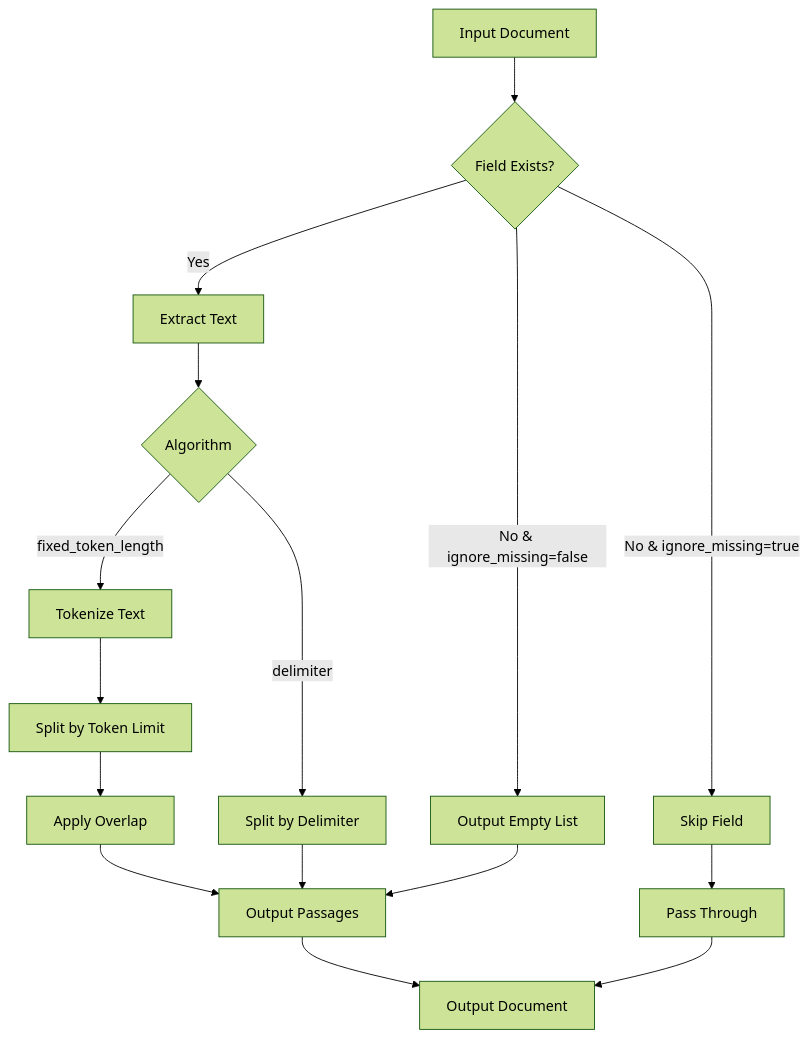
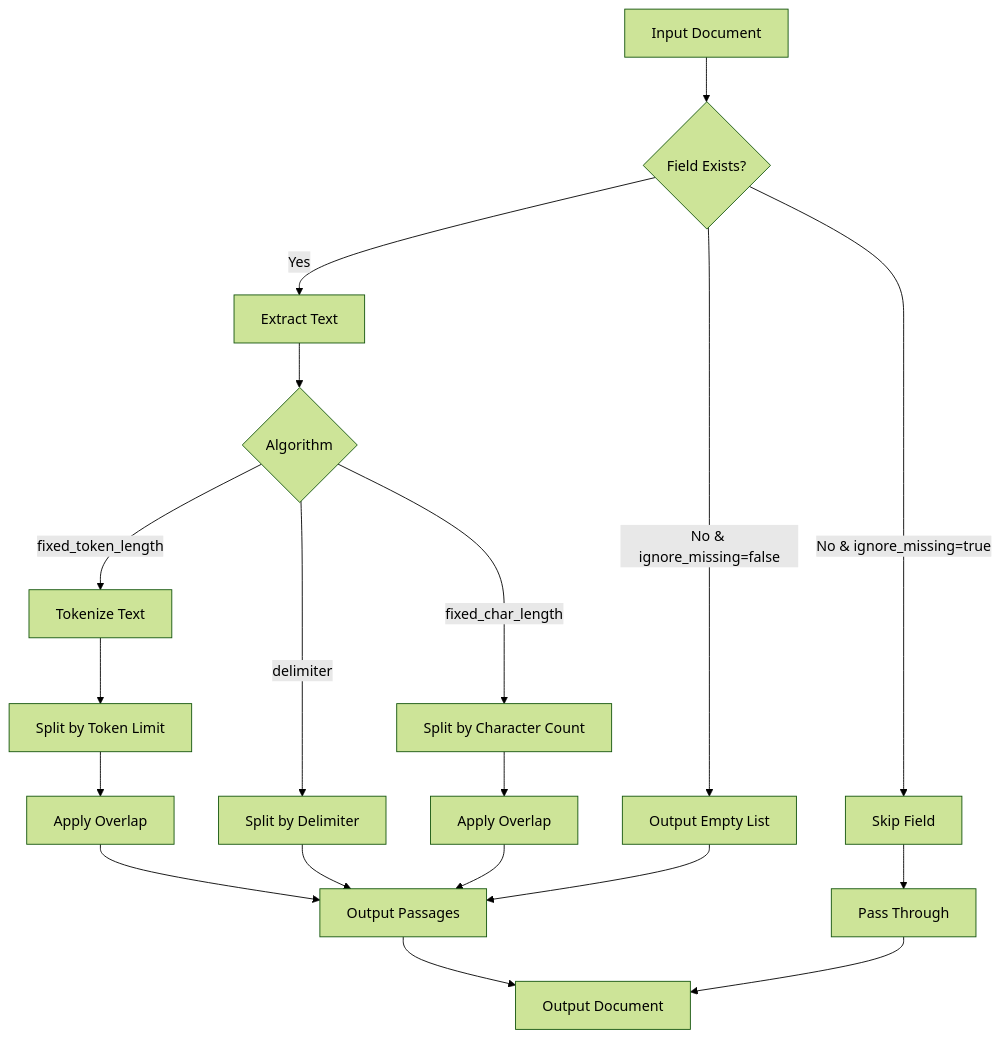
One commit to tkykenmt/opensearch-feature-explorer changed the second of 2 diagrams in docs/features/neural-search/text-chunking.md. Above: the diagram before and after it, drawn with Mermaid (forest theme). The commit also changed other lines of this file and 3 other files, not shown here.

````diff
--- a/docs/features/neural-search/text-chunking.md
+++ b/docs/features/neural-search/text-chunking.md
@@ -29,18 +31,21 @@
 ```mermaid
 flowchart TB
     A[Input Document] --> B{Field Exists?}
     B -->|Yes| C[Extract Text]
     B -->|No & ignore_missing=true| D[Skip Field]
     B -->|No & ignore_missing=false| E[Output Empty List]
     C --> F{Algorithm}
     F -->|fixed_token_length| G[Tokenize Text]
     G --> H[Split by Token Limit]
     H --> I[Apply Overlap]
     F -->|delimiter| J[Split by Delimiter]
-    I --> K[Output Passages]
-    J --> K
-    D --> L[Pass Through]
-    E --> K
-    K --> M[Output Document]
+    F -->|fixed_char_length| K[Split by Character Count]
+    K --> L[Apply Overlap]
+    I --> M[Output Passages]
+    J --> M
     L --> M
+    D --> N[Pass Through]
+    E --> M
+    M --> O[Output Document]
+    N --> O
 ```
````
